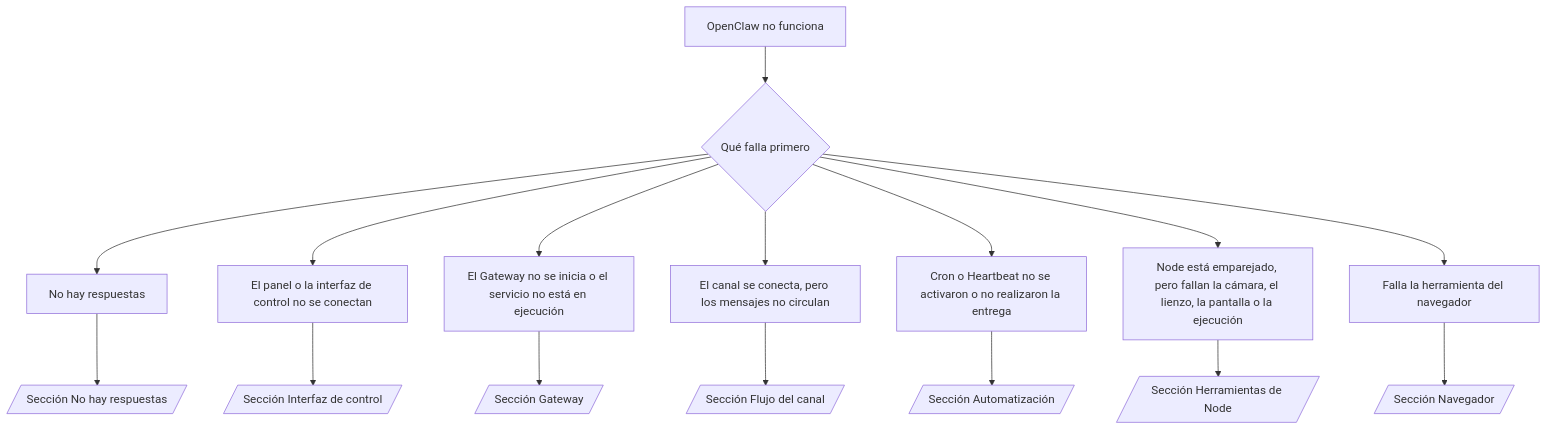
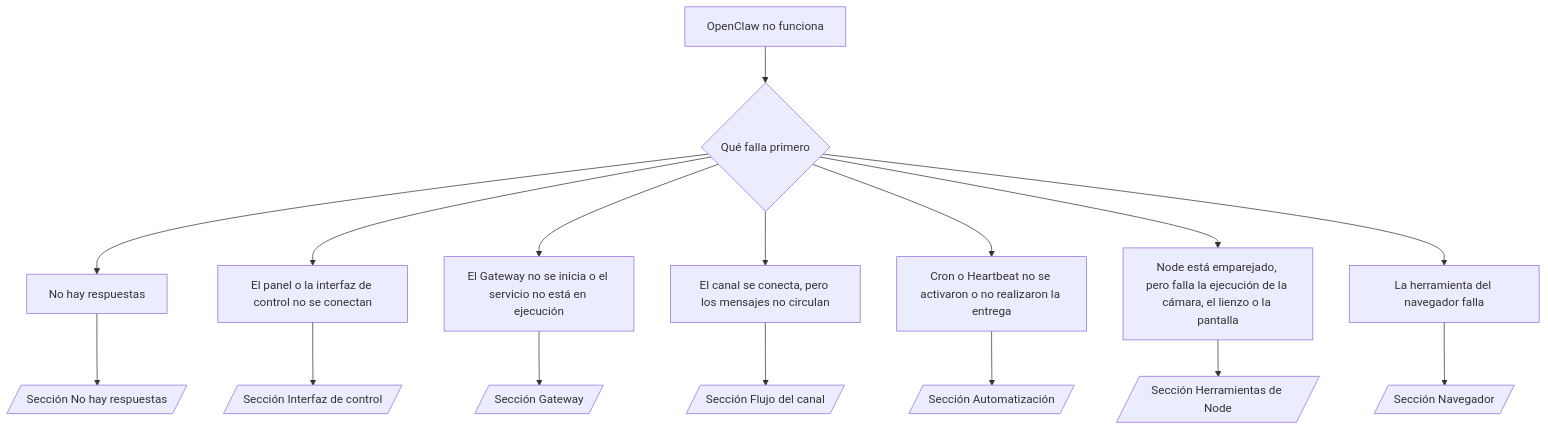
The diagram in openclaw-docs/es/help/troubleshooting.md (is0383kk/ai-docs-sync-workflow), drawn with Mermaid before and after one commit. The commit also changed other lines of this file and 11096 other files, not shown here.

````diff
--- a/openclaw-docs/es/help/troubleshooting.md
+++ b/openclaw-docs/es/help/troubleshooting.md
@@ -191,19 +192,19 @@
 ```mermaid
 flowchart TD
   A[OpenClaw no funciona] --> B{Qué falla primero}
   B --> C[No hay respuestas]
   B --> D[El panel o la interfaz de control no se conectan]
   B --> E[El Gateway no se inicia o el servicio no está en ejecución]
   B --> F[El canal se conecta, pero los mensajes no circulan]
   B --> G[Cron o Heartbeat no se activaron o no realizaron la entrega]
-  B --> H[Node está emparejado, pero fallan la cámara, el lienzo, la pantalla o la ejecución]
-  B --> I[Falla la herramienta del navegador]
+  B --> H[Node está emparejado, pero falla la ejecución de la cámara, el lienzo o la pantalla]
+  B --> I[La herramienta del navegador falla]
 
   C --> C1[/Sección No hay respuestas/]
   D --> D1[/Sección Interfaz de control/]
   E --> E1[/Sección Gateway/]
   F --> F1[/Sección Flujo del canal/]
   G --> G1[/Sección Automatización/]
   H --> H1[/Sección Herramientas de Node/]
   I --> I1[/Sección Navegador/]
 ```
````
